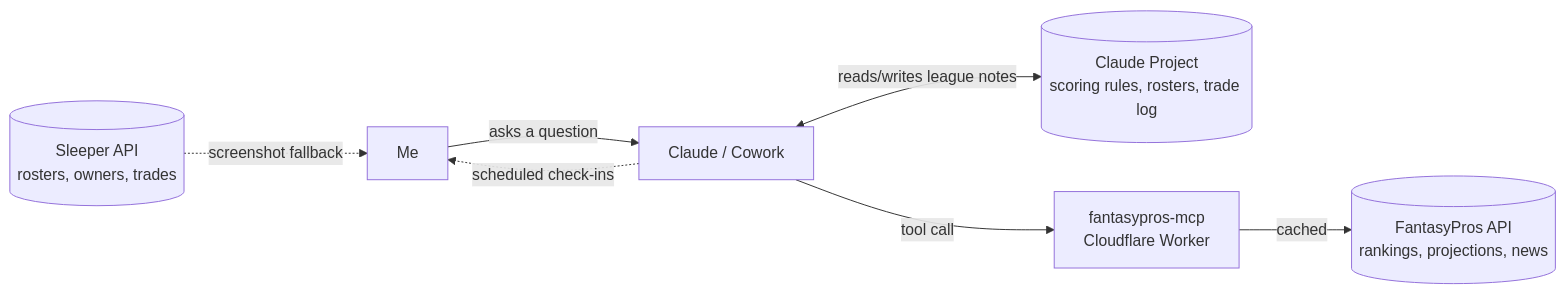
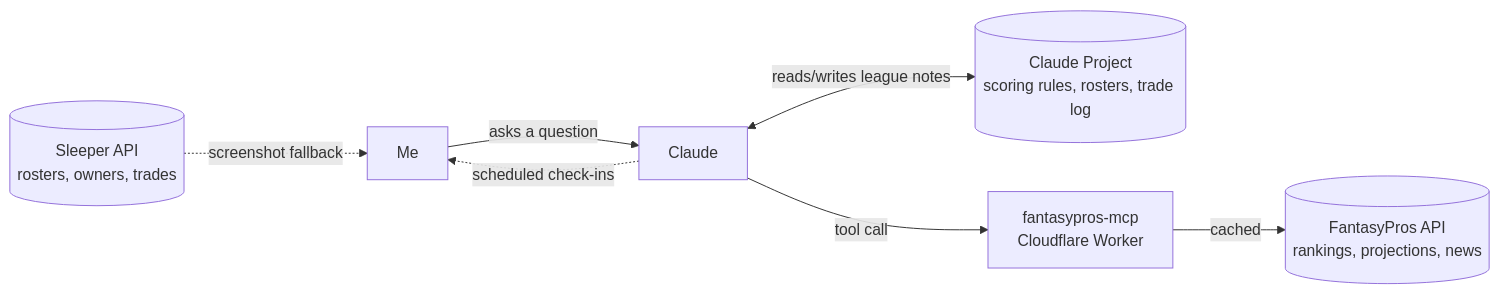
One commit to dwooods/dwooods.github.io changed the first of 2 diagrams in content/posts/fantasy-football-ai.md. Above: the diagram before and after it, drawn with Mermaid. The commit also changed other lines of this file, not shown here.

````diff
--- a/content/posts/fantasy-football-ai.md
+++ b/content/posts/fantasy-football-ai.md
@@ -88,9 +66,9 @@
 ```mermaid
 graph LR
     Sleeper[(Sleeper API<br/>rosters, owners, trades)] -. screenshot fallback .-> Me
-    Me[Me] -->|asks a question| Claude[Claude / Cowork]
+    Me[Me] -->|asks a question| Claude[Claude]
     Claude <-->|reads/writes league notes| Project[(Claude Project<br/>scoring rules, rosters, trade log)]
     Claude -->|tool call| MCP[fantasypros-mcp<br/>Cloudflare Worker]
     MCP -->|cached| FP[(FantasyPros API<br/>rankings, projections, news)]
     Claude -. scheduled check-ins .-> Me
 ```
````
